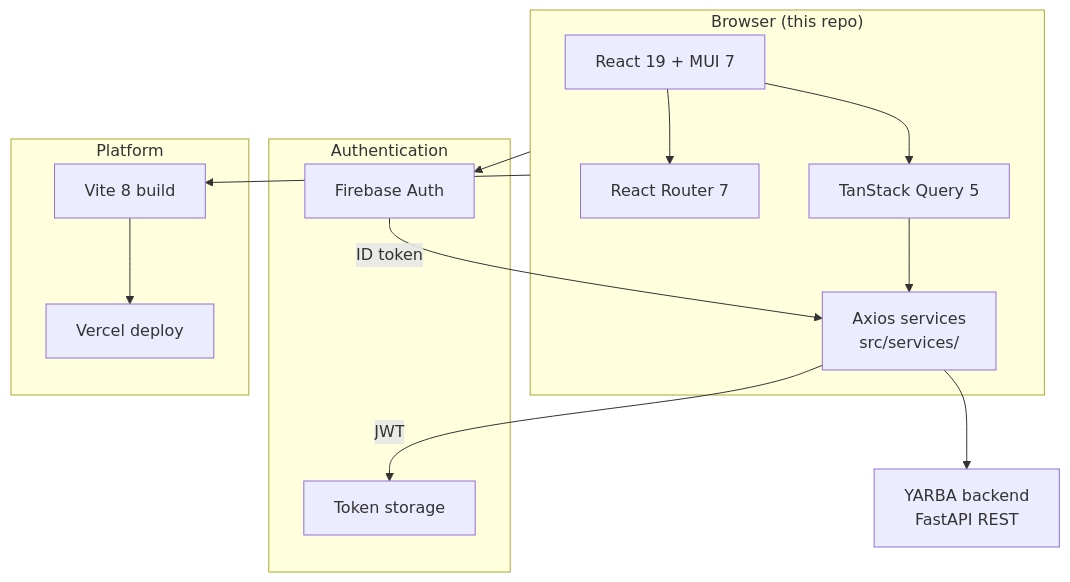
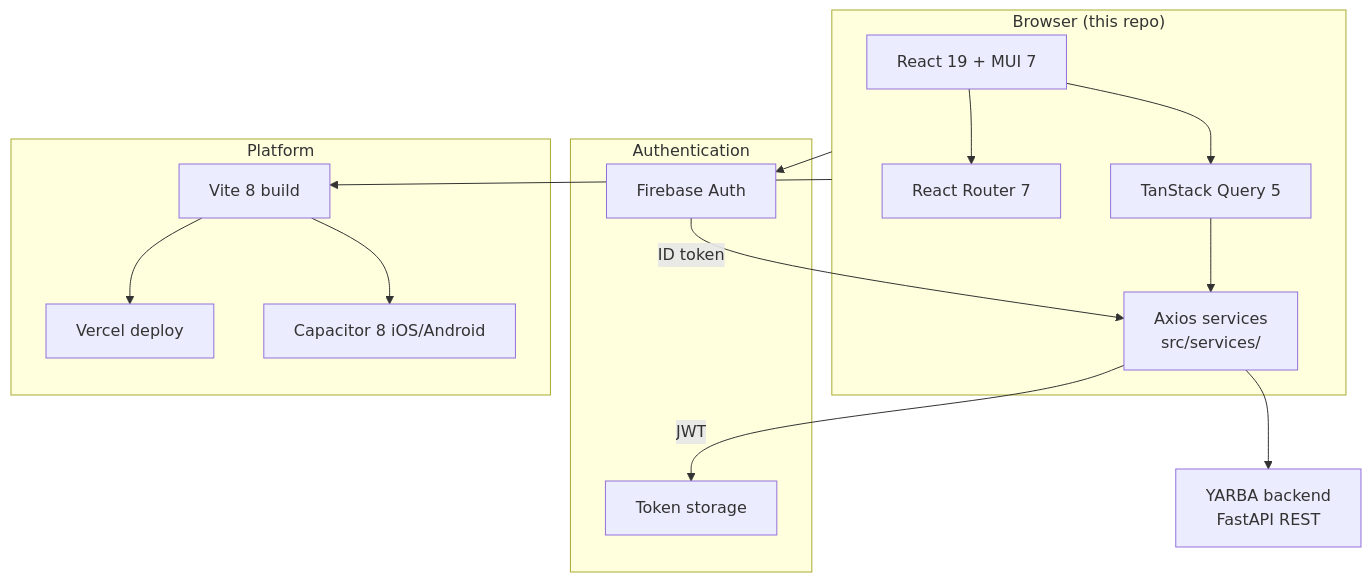
One commit to mujakayadan/yarba-frontend changed the first of 4 diagrams in README.md. Above: the diagram before and after it, drawn with Mermaid. The commit also changed other lines of this file and 83 other files, not shown here.

First line of the commit message:
Add Capacitor iOS/Android foundation and the store compliance audit.

````diff
--- a/README.md
+++ b/README.md
@@ -78,28 +87,30 @@
 ```mermaid
 flowchart TB
   subgraph client["Browser (this repo)"]
     UI["React 19 + MUI 7"]
     Router["React Router 7"]
     Query["TanStack Query 5"]
     Services["Axios services<br/>src/services/"]
     UI --> Router
     UI --> Query
     Query --> Services
   end
 
   subgraph auth["Authentication"]
     Firebase["Firebase Auth"]
     Firebase -->|"ID token"| Services
     Services -->|"JWT"| Local["Token storage"]
   end
 
   subgraph platform["Platform"]
     Vite["Vite 8 build"]
     Vercel["Vercel deploy"]
+    Capacitor["Capacitor 8 iOS/Android"]
     Vite --> Vercel
+    Vite --> Capacitor
   end
 
   Services --> API["YARBA backend<br/>FastAPI REST"]
   client --> Firebase
   client --> Vite
 ```
````
